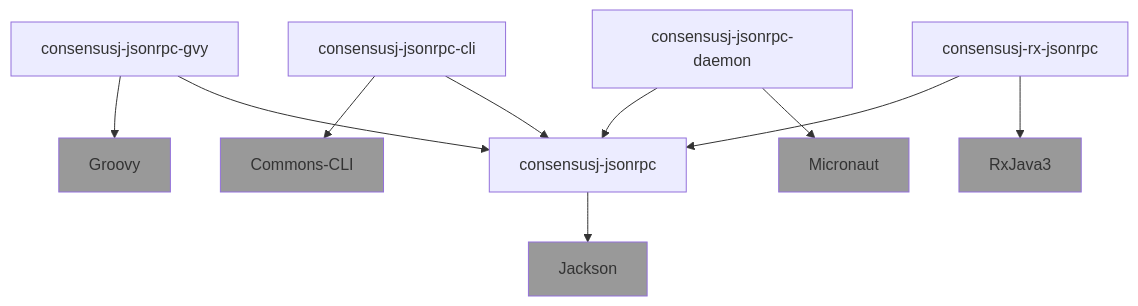
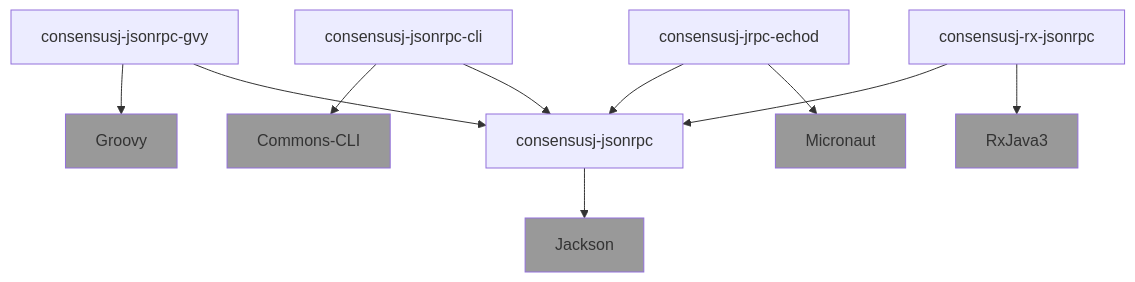
The second of 2 diagrams in doc/consensusj-user-guide.adoc (ConsensusJ/consensusj), drawn with Mermaid before and after one commit. The commit also changed 17 other files, not shown here.

First line of the commit message:
consensusj-jrpc-echod: rename from consensusj-jsonrpc-echod

```diff
--- a/doc/consensusj-user-guide.adoc
+++ b/doc/consensusj-user-guide.adoc
@@ -58,21 +58,21 @@
 [mermaid]
 ----
 flowchart TD
     consensusj-jsonrpc --> Jackson
     consensusj-jsonrpc-gvy --> Groovy
     consensusj-jsonrpc-gvy --> consensusj-jsonrpc
     consensusj-jsonrpc-cli --> Commons-CLI
     consensusj-jsonrpc-cli --> consensusj-jsonrpc
-    consensusj-jsonrpc-daemon --> consensusj-jsonrpc
-    consensusj-jsonrpc-daemon --> Micronaut
+    consensusj-jrpc-echod --> consensusj-jsonrpc
+    consensusj-jrpc-echod --> Micronaut
     consensusj-rx-jsonrpc --> consensusj-jsonrpc
     consensusj-rx-jsonrpc --> RxJava3
 
 classDef external fill:#999;
 class Jackson external;
 class Groovy external;
 class Commons-CLI external;
 class Micronaut external;
 class RxJava3 external;
 class JeroMQ external;
 ----
```
